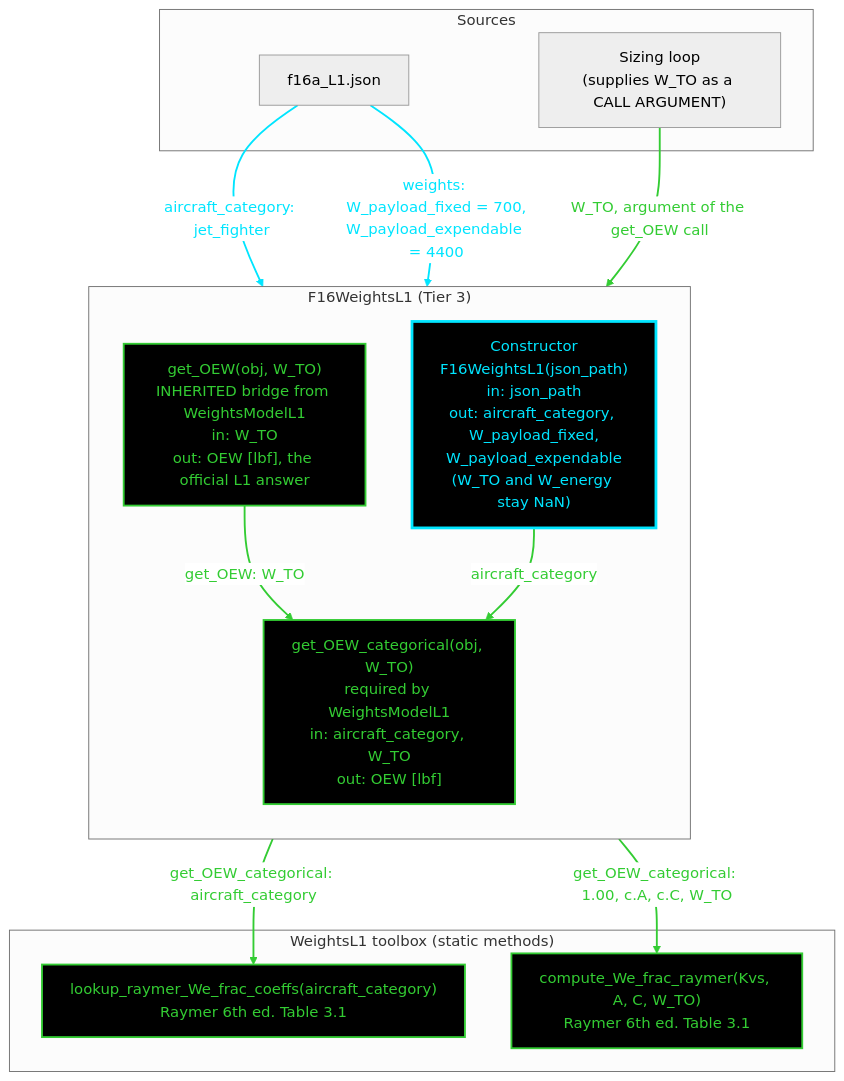
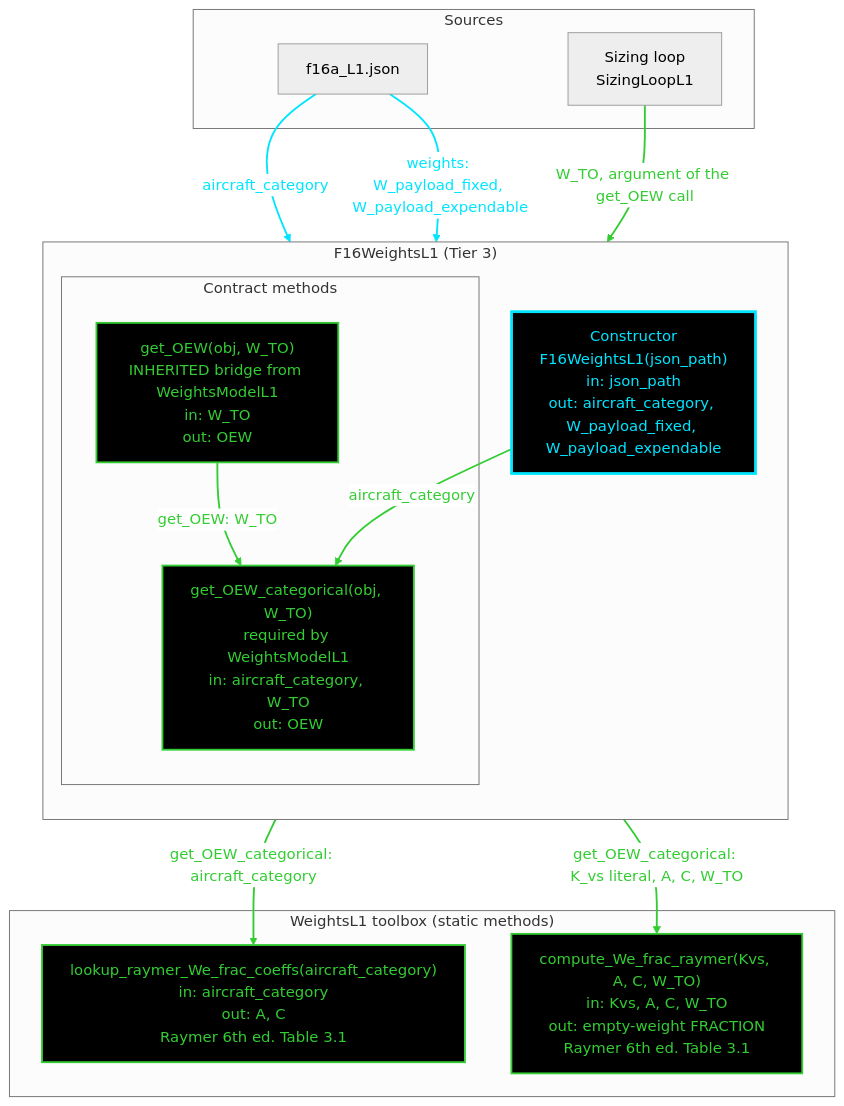
Before and after one commit to Idopt-Lab/air-vehicle-design: the diagram in air_vehicle_design/sizing/docs/Mermaid_Diagrams/Claude-made/Second_Pass/Weights/F16AWeights1_mermaid.md, drawn with Mermaid (neutral theme). The commit also changed other lines of this file and 2 other files, not shown here.

First line of the commit message:
Updated Weights Mermaid Diagrams

````diff
--- a/air_vehicle_design/sizing/docs/Mermaid_Diagrams/Claude-made/Second_Pass/Weights/F16AWeights1_mermaid.md
+++ b/air_vehicle_design/sizing/docs/Mermaid_Diagrams/Claude-made/Second_Pass/Weights/F16AWeights1_mermaid.md
@@ -44,39 +63,43 @@
 ```mermaid
 flowchart TD
     subgraph SRC["Sources"]
         J["f16a_L1.json"]
-        SL["Sizing loop<br/>(supplies W_TO as a CALL ARGUMENT)"]
+        SL["Sizing loop<br/>SizingLoopL1"]
     end
 
     subgraph CLASS["F16WeightsL1 (Tier 3)"]
-        direction TB
+        direction TD
 
-        CTOR["Constructor<br/>F16WeightsL1(json_path)<br/>in: json_path<br/>out: aircraft_category, W_payload_fixed,<br/>W_payload_expendable<br/>(W_TO and W_energy stay NaN)"]
+        CTOR["Constructor<br/>F16WeightsL1(json_path)<br/>in: json_path<br/>out: aircraft_category, W_payload_fixed, W_payload_expendable"]
 
-        M1["get_OEW(obj, W_TO)<br/>INHERITED bridge from WeightsModelL1<br/>in: W_TO<br/>out: OEW [lbf], the official L1 answer"]
-        M2["get_OEW_categorical(obj, W_TO)<br/>required by WeightsModelL1<br/>in: aircraft_category, W_TO<br/>out: OEW [lbf]"]
+        subgraph CON["Contract methods"]
+            M1["get_OEW(obj, W_TO)<br/>INHERITED bridge from WeightsModelL1<br/>in: W_TO<br/>out: OEW"]
+            M2["get_OEW_categorical(obj, W_TO)<br/>required by WeightsModelL1<br/>in: aircraft_category, W_TO<br/>out: OEW"]
+        end
     end
 
     subgraph TOOL["WeightsL1 toolbox (static methods)"]
-        L1["lookup_raymer_We_frac_coeffs(aircraft_category)<br/>Raymer 6th ed. Table 3.1"]
-        L2["compute_We_frac_raymer(Kvs, A, C, W_TO)<br/>Raymer 6th ed. Table 3.1"]
+        T1["lookup_raymer_We_frac_coeffs(aircraft_category)<br/>in: aircraft_category<br/>out: A, C<br/>Raymer 6th ed. Table 3.1"]
+        T2["compute_We_frac_raymer(Kvs, A, C, W_TO)<br/>in: Kvs, A, C, W_TO<br/>out: empty-weight FRACTION<br/>Raymer 6th ed. Table 3.1"]
     end
 
-    J -->|"aircraft_category: jet_fighter"| CTOR
-    J -->|"weights: W_payload_fixed = 700,<br/>W_payload_expendable = 4400"| CTOR
+    J -->|"aircraft_category"| CTOR
+    J -->|"weights: W_payload_fixed, W_payload_expendable"| CTOR
 
     SL -->|"W_TO, argument of the get_OEW call"| M1
+
     M1 -->|"get_OEW: W_TO"| M2
+
     CTOR -->|"aircraft_category"| M2
 
-    M2 -->|"get_OEW_categorical: aircraft_category"| L1
-    M2 -->|"get_OEW_categorical: 1.00, c.A, c.C, W_TO"| L2
+    M2 -->|"get_OEW_categorical: aircraft_category"| T1
+    M2 -->|"get_OEW_categorical: K_vs literal, A, C, W_TO"| T2
 
     linkStyle 0,1 stroke:#00e5ff,color:#00e5ff,stroke-width:2px
     linkStyle 2,3,4,5,6 stroke:#33cc33,color:#33cc33,stroke-width:2px
 
-    classDef ctor fill:#000000,stroke:#00e5ff,stroke-width:3px,color:#00e5ff
-    classDef func fill:#000000,stroke:#33cc33,stroke-width:2px,color:#33cc33
-    class CTOR ctor
-    class M1,M2,L1,L2 func
+    classDef ctorWork fill:#000000,stroke:#00e5ff,stroke-width:3px,color:#00e5ff
+    classDef funcWork fill:#000000,stroke:#33cc33,stroke-width:2px,color:#33cc33
+    class CTOR ctorWork
+    class M1,M2,T1,T2 funcWork
 ```
````
